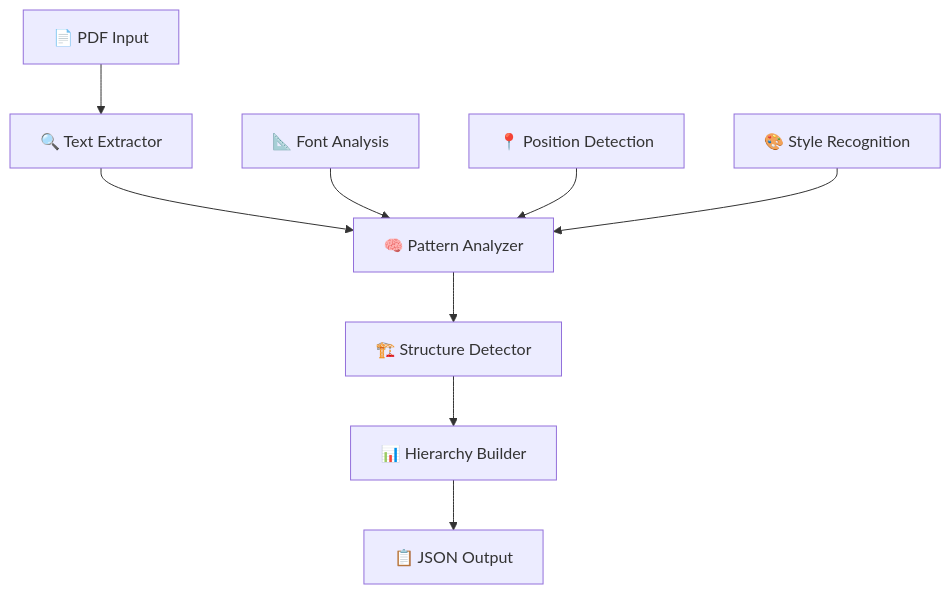
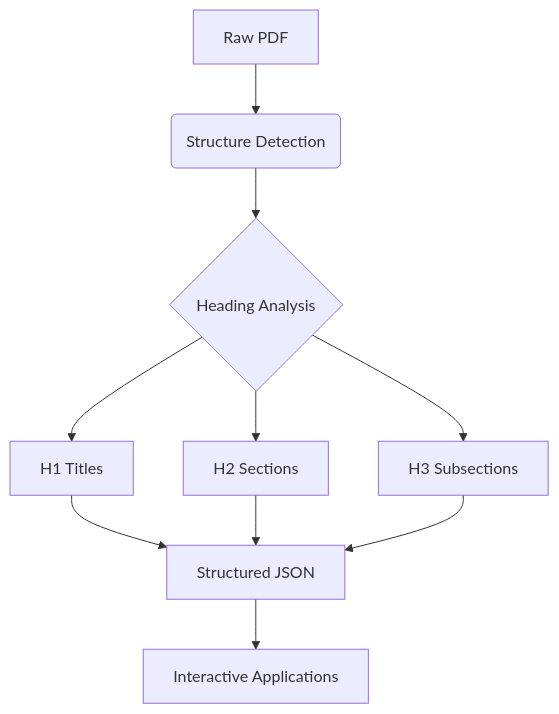
The first of 3 diagrams in Readme3.md (VikeshMehta/ADOBE), drawn with Mermaid before and after one commit. The commit also changed other lines of this file, not shown here.

````diff
--- a/Readme3.md
+++ b/Readme3.md
@@ -98,12 +102,12 @@
 ```mermaid
-graph TB
-    A[📄 PDF Input] --> B[🔍 Text Extractor]
-    B --> C[🧠 Pattern Analyzer]
-    C --> D[🏗️ Structure Detector]
-    D --> E[📊 Hierarchy Builder]
-    E --> F[📋 JSON Output]
-    
-    G[📐 Font Analysis] --> C
-    H[📍 Position Detection] --> C
-    I[🎨 Style Recognition] --> C
+graph TD
+    A[Raw PDF] --> B(Structure Detection)
+    B --> C{Heading Analysis}
+    C --> D[H1 Titles]
+    C --> E[H2 Sections]
+    C --> F[H3 Subsections]
+    D --> G[Structured JSON]
+    E --> G
+    F --> G
+    G --> H[Interactive Applications]
 ```
````
